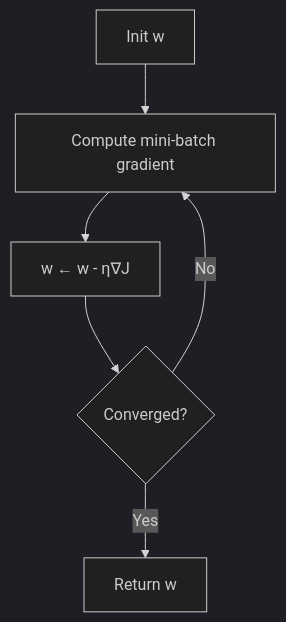
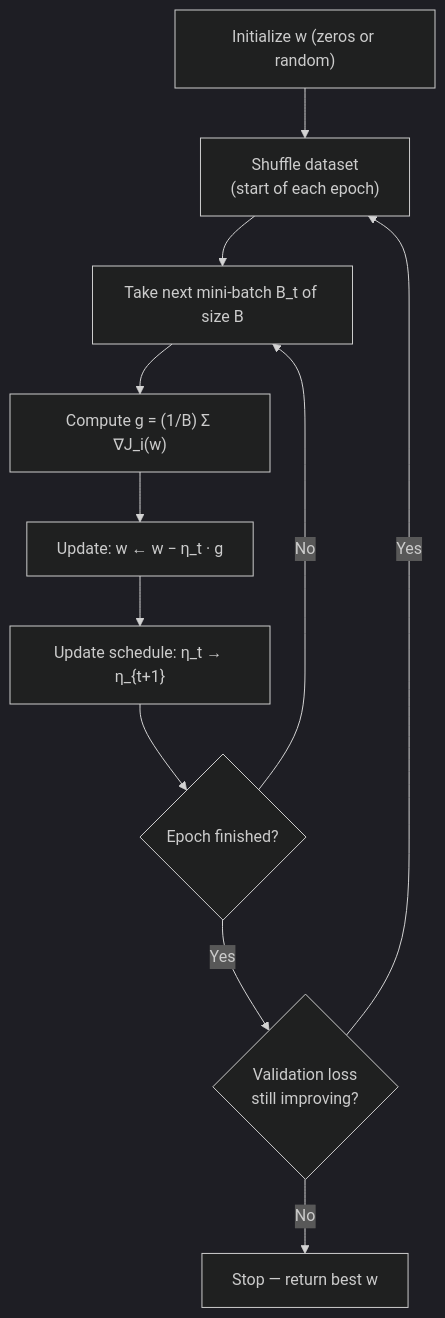
One commit to ABHIRAM3007/itp changed the first of 3 diagrams in roadmap/phase-1-classical-ml/03-gradient-descent.md. Above: the diagram before and after it, drawn with Mermaid (dark theme). The commit also changed other lines of this file and 23 other files, not shown here.

````diff
--- a/roadmap/phase-1-classical-ml/03-gradient-descent.md
+++ b/roadmap/phase-1-classical-ml/03-gradient-descent.md
@@ -131,8 +175,13 @@
 ```mermaid
 flowchart TD
-    A["Init w"] --> B["Compute mini-batch gradient"]
-    B --> C["w ← w - η∇J"]
-    C --> D{"Converged?"}
-    D -- No --> B
-    D -- Yes --> E["Return w"]
+    A["Initialize w (zeros or random)"] --> B["Shuffle dataset<br/>(start of each epoch)"]
+    B --> C["Take next mini-batch B_t of size B"]
+    C --> D["Compute g = (1/B) Σ ∇J_i(w)"]
+    D --> E["Update: w ← w − η_t · g"]
+    E --> F["Update schedule: η_t → η_{t+1}"]
+    F --> G{"Epoch finished?"}
+    G -- No --> C
+    G -- Yes --> H{"Validation loss<br/>still improving?"}
+    H -- Yes --> B
+    H -- No --> I["Stop — return best w"]
 ```
````
